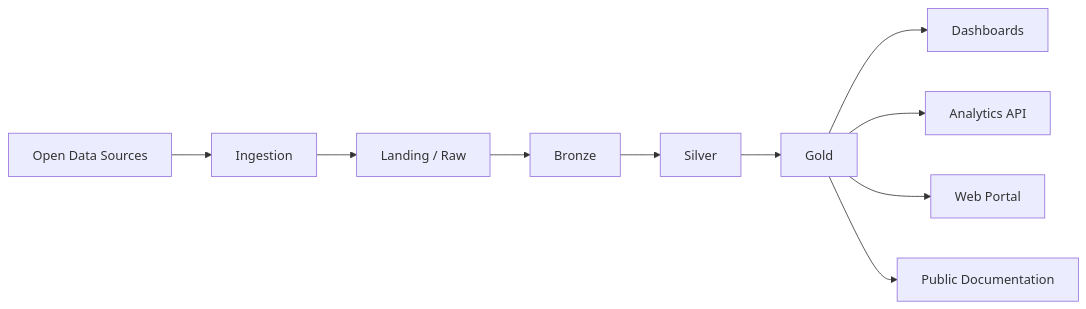
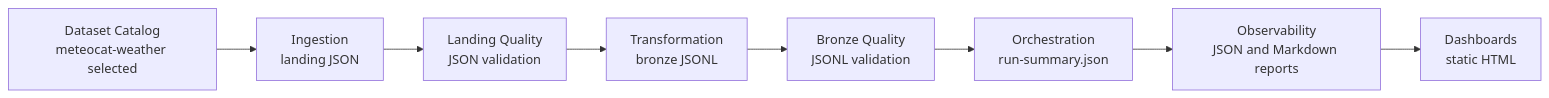
The diagram in ARCHITECTURE.md (open-data-lakehouse-lab/lab), drawn with Mermaid before and after one commit. The commit also changed other lines of this file and 8 other files, not shown here.

Commit message:
Document initial implementation of Weather MVP vertical slice, including local-first architecture, dataset catalog, data layers (Landing, Bronze), orchestration, observability, and static dashboards.

````diff
--- a/ARCHITECTURE.md
+++ b/ARCHITECTURE.md
@@ -7,12 +9,10 @@
 ```mermaid
 flowchart LR
-    ODS[Open Data Sources] --> Ingestion[Ingestion]
-    Ingestion --> Landing[Landing / Raw]
-    Landing --> Bronze[Bronze]
-    Bronze --> Silver[Silver]
-    Silver --> Gold[Gold]
-    Gold --> Dashboards[Dashboards]
-    Gold --> API[Analytics API]
-    Gold --> Web[Web Portal]
-    Gold --> Docs[Public Documentation]
+    A[Dataset Catalog<br/>meteocat-weather selected] --> B[Ingestion<br/>landing JSON]
+    B --> C[Landing Quality<br/>JSON validation]
+    C --> D[Transformation<br/>bronze JSONL]
+    D --> E[Bronze Quality<br/>JSONL validation]
+    E --> F[Orchestration<br/>run-summary.json]
+    F --> G[Observability<br/>JSON and Markdown reports]
+    G --> H[Dashboards<br/>static HTML]
 ```
````
